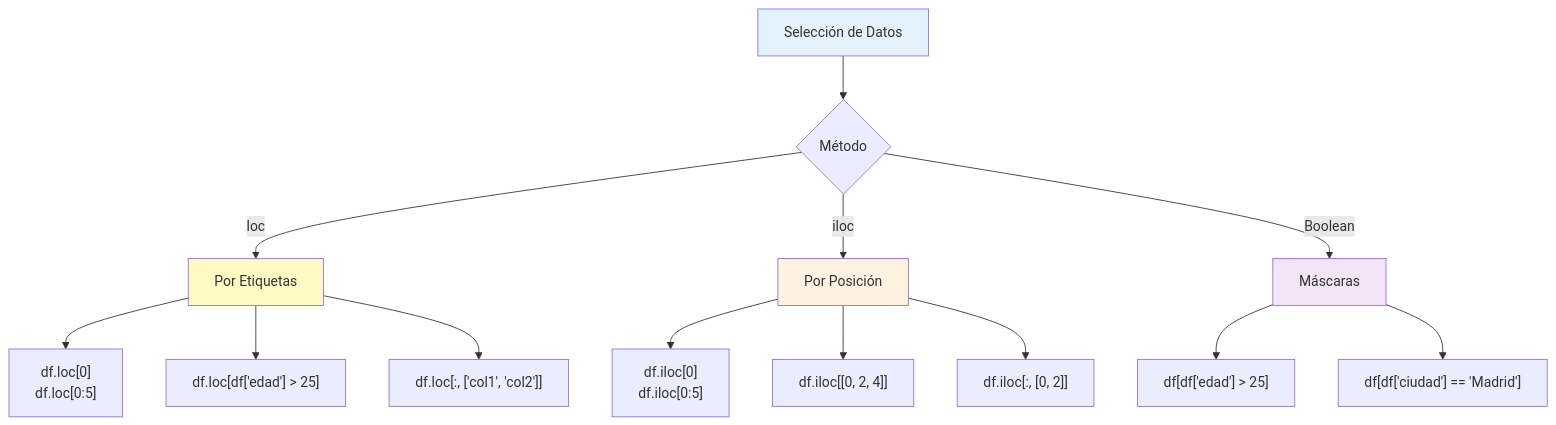
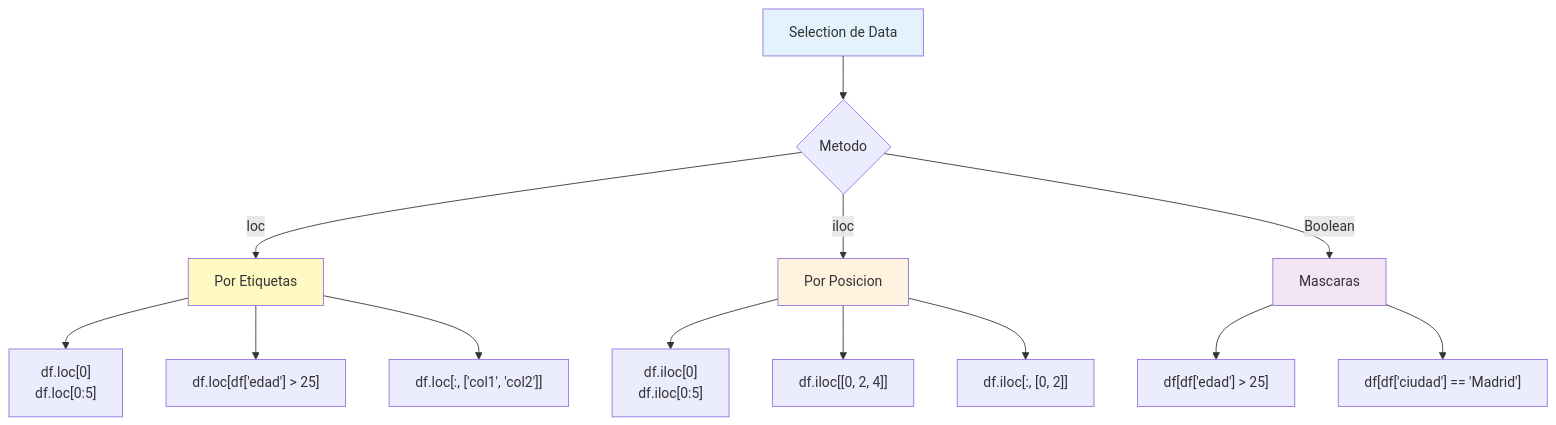
The second of 23 diagrams in modules/module-04-python-for-data/assets/diagrams/pandas-operations.md (nanlabs/nan-data-engineering-labs), drawn with Mermaid before and after one commit. The commit also changed other lines of this file and 23 other files, not shown here.

````diff
--- a/modules/module-04-python-for-data/assets/diagrams/pandas-operations.md
+++ b/modules/module-04-python-for-data/assets/diagrams/pandas-operations.md
@@ -28,23 +28,23 @@
 ```mermaid
 flowchart TD
-    A[Selección de Datos] --> B{Método}
+    A[Selection de Data] --> B{Metodo}
     
     B -->|loc| C[Por Etiquetas]
     C --> D["df.loc[0]<br/>df.loc[0:5]"]
     C --> E["df.loc[df['edad'] > 25]"]
     C --> F["df.loc[:, ['col1', 'col2']]"]
     
-    B -->|iloc| G[Por Posición]
+    B -->|iloc| G[Por Posicion]
     G --> H["df.iloc[0]<br/>df.iloc[0:5]"]
     G --> I["df.iloc[[0, 2, 4]]"]
     G --> J["df.iloc[:, [0, 2]]"]
     
-    B -->|Boolean| K[Máscaras]
+    B -->|Boolean| K[Mascaras]
     K --> L["df[df['edad'] > 25]"]
     K --> M["df[df['ciudad'] == 'Madrid']"]
     
     style A fill:#e3f2fd
     style C fill:#fff9c4
     style G fill:#fff3e0
     style K fill:#f3e5f5
 ```
````
